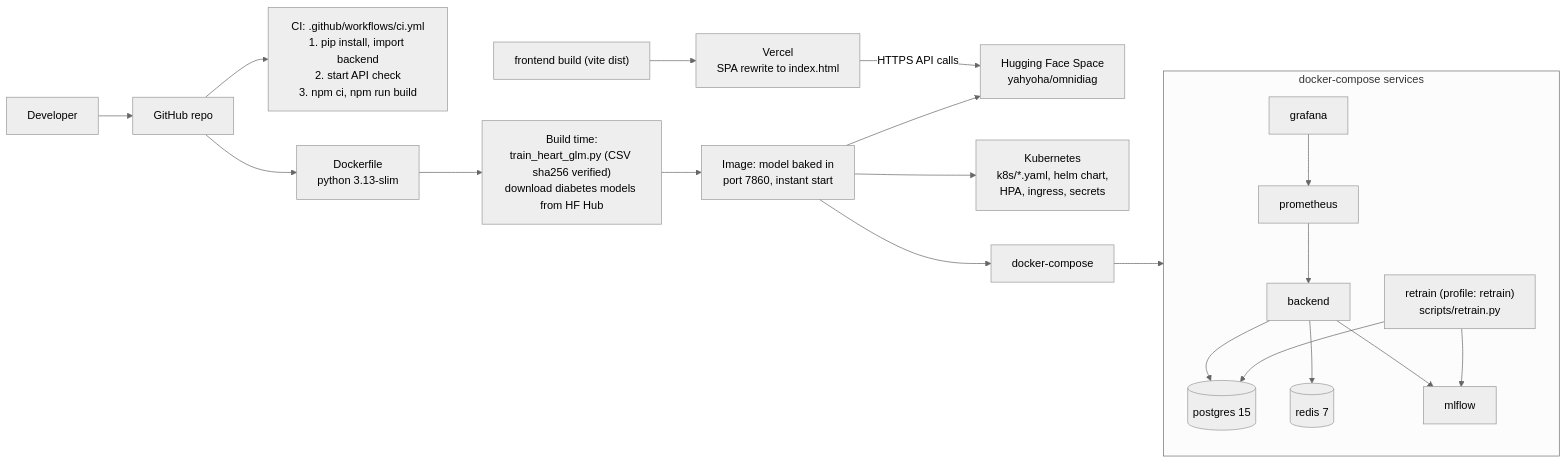
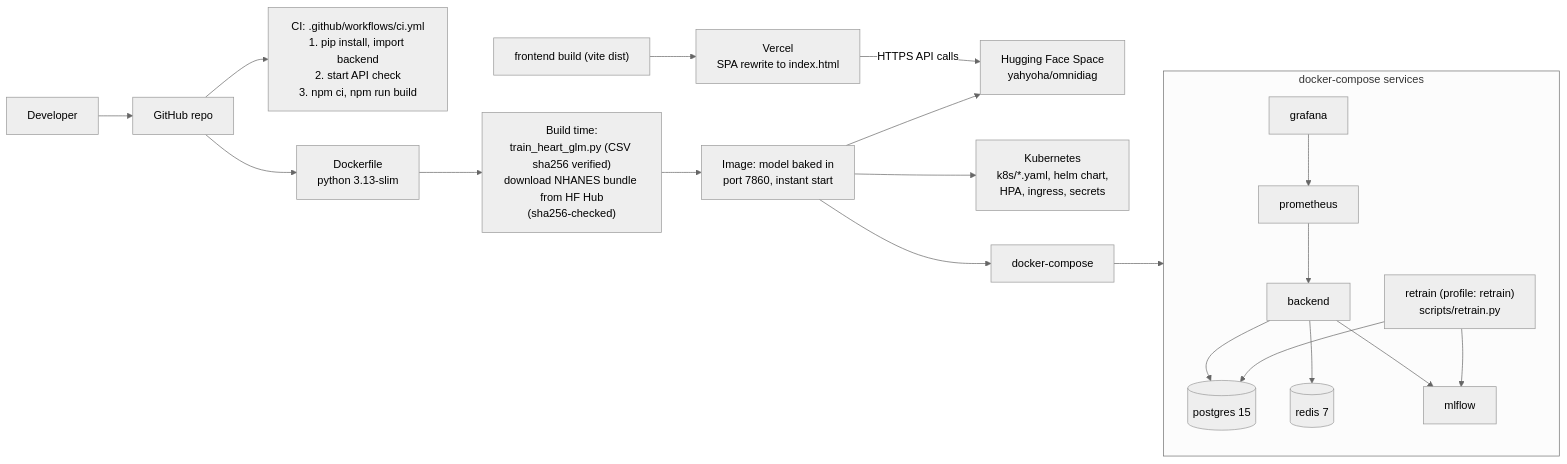
Diagram 12 of 13 in docs/ARCHITECTURE.md (yahyalababenah/omnidiag), drawn with Mermaid (neutral theme) before and after one commit. The commit also changed other lines of this file and 17 other files, not shown here.

````diff
--- a/docs/ARCHITECTURE.md
+++ b/docs/ARCHITECTURE.md
@@ -505,30 +495,30 @@
 ```mermaid
 flowchart LR
   DEV["Developer"] --> GH["GitHub repo"]
   GH --> CI["CI: .github/workflows/ci.yml<br/>1. pip install, import backend<br/>2. start API check<br/>3. npm ci, npm run build"]
   GH --> DF["Dockerfile<br/>python 3.13-slim"]
-  DF --> BUILD["Build time:<br/>train_heart_glm.py (CSV sha256 verified)<br/>download diabetes models from HF Hub"]
+  DF --> BUILD["Build time:<br/>train_heart_glm.py (CSV sha256 verified)<br/>download NHANES bundle from HF Hub<br/>(sha256-checked)"]
   BUILD --> IMG["Image: model baked in<br/>port 7860, instant start"]
   IMG --> HF["Hugging Face Space<br/>yahyoha/omnidiag"]
   IMG --> K8["Kubernetes<br/>k8s/*.yaml, helm chart,<br/>HPA, ingress, secrets"]
   IMG --> DC["docker-compose"]
   subgraph COMPOSE["docker-compose services"]
     PG[("postgres 15")]
     RD[("redis 7")]
     BE["backend"]
     MF["mlflow"]
     PRM["prometheus"]
     GRF["grafana"]
     RTN["retrain (profile: retrain)<br/>scripts/retrain.py"]
   end
   DC --> COMPOSE
   BE --> PG
   BE --> RD
   BE --> MF
   PRM --> BE
   GRF --> PRM
   RTN --> PG
   RTN --> MF
   FE["frontend build (vite dist)"] --> VC["Vercel<br/>SPA rewrite to index.html"]
   VC -->|"HTTPS API calls"| HF
 ```
````
